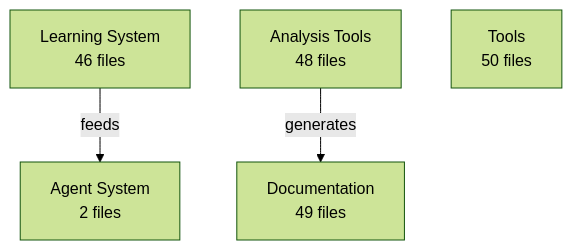
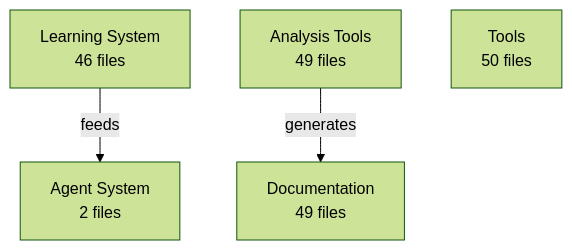
Before and after one commit to enufacas/Chained: the diagram in analysis/architecture/architecture.mmd, drawn with Mermaid (forest theme). The commit also changed 6 other files, not shown here.

First line of the commit message:
🏗️ Update architecture evolution tracking

```diff
--- a/analysis/architecture/architecture.mmd
+++ b/analysis/architecture/architecture.mmd
@@ -1,8 +1,8 @@
 graph TD
     learning_system[Learning System<br/>46 files]
     agent_system[Agent System<br/>2 files]
-    analysis_tools[Analysis Tools<br/>48 files]
+    analysis_tools[Analysis Tools<br/>49 files]
     documentation[Documentation<br/>49 files]
     tools[Tools<br/>50 files]
     learning_system -->|feeds| agent_system
     analysis_tools -->|generates| documentation
```
